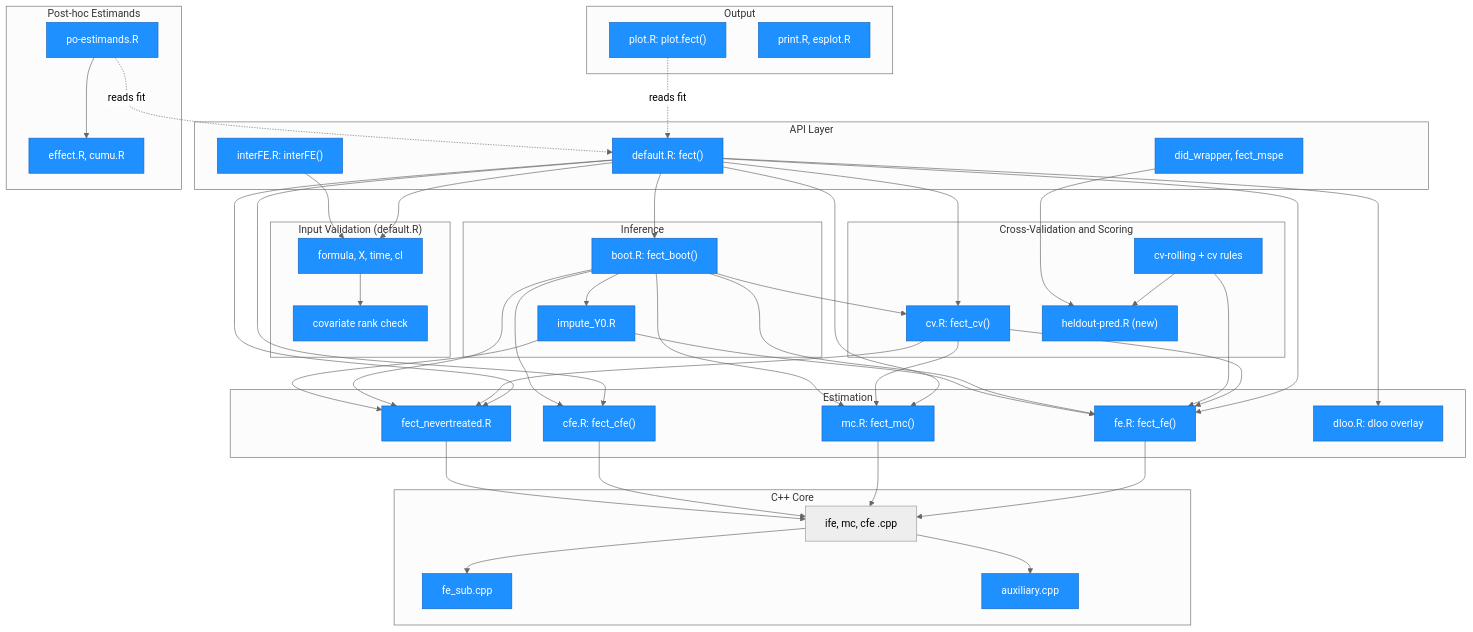
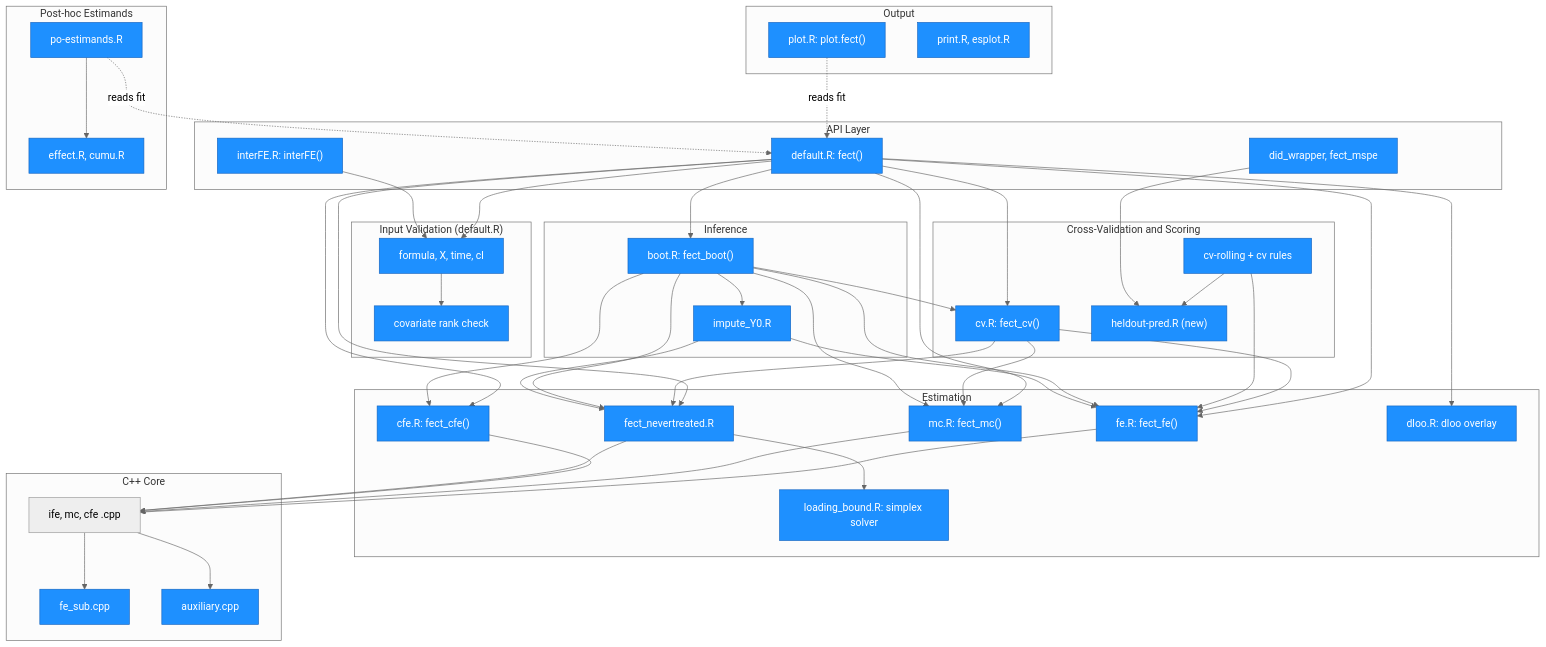
The first of 7 diagrams in ARCHITECTURE.md (xuyiqing/fect), drawn with Mermaid before and after one commit. The commit also changed other lines of this file and 5 other files, not shown here.

First line of the commit message:
Docs for fect 2.4.8: NEWS section, changelog entry, joint-intercept note in the gsynth chapter and ?fect, version table, ARCHITECTURE

```diff
--- a/ARCHITECTURE.md
+++ b/ARCHITECTURE.md
@@ -66,6 +74,7 @@
         E3["cfe.R: fect_cfe()"]
         E4["fect_nevertreated.R"]
         E5["dloo.R: dloo overlay"]
+        E6["loading_bound.R: simplex solver"]
     end
 
     subgraph CV["Cross-Validation and Scoring"]
@@ -105,6 +114,7 @@
     A1 --> E4
     A1 --> E5
     A1 --> I1
+    E4 --> E6
     K1 --> E1
     K1 --> E2
     K1 --> E4
@@ -139,6 +149,7 @@
     style E3 fill:#1e90ff,stroke:#1565c0,color:#fff
     style E4 fill:#1e90ff,stroke:#1565c0,color:#fff
     style E5 fill:#1e90ff,stroke:#1565c0,color:#fff
+    style E6 fill:#1e90ff,stroke:#1565c0,color:#fff
     style K1 fill:#1e90ff,stroke:#1565c0,color:#fff
     style K2 fill:#1e90ff,stroke:#1565c0,color:#fff
     style H1 fill:#1e90ff,stroke:#1565c0,color:#fff
```
